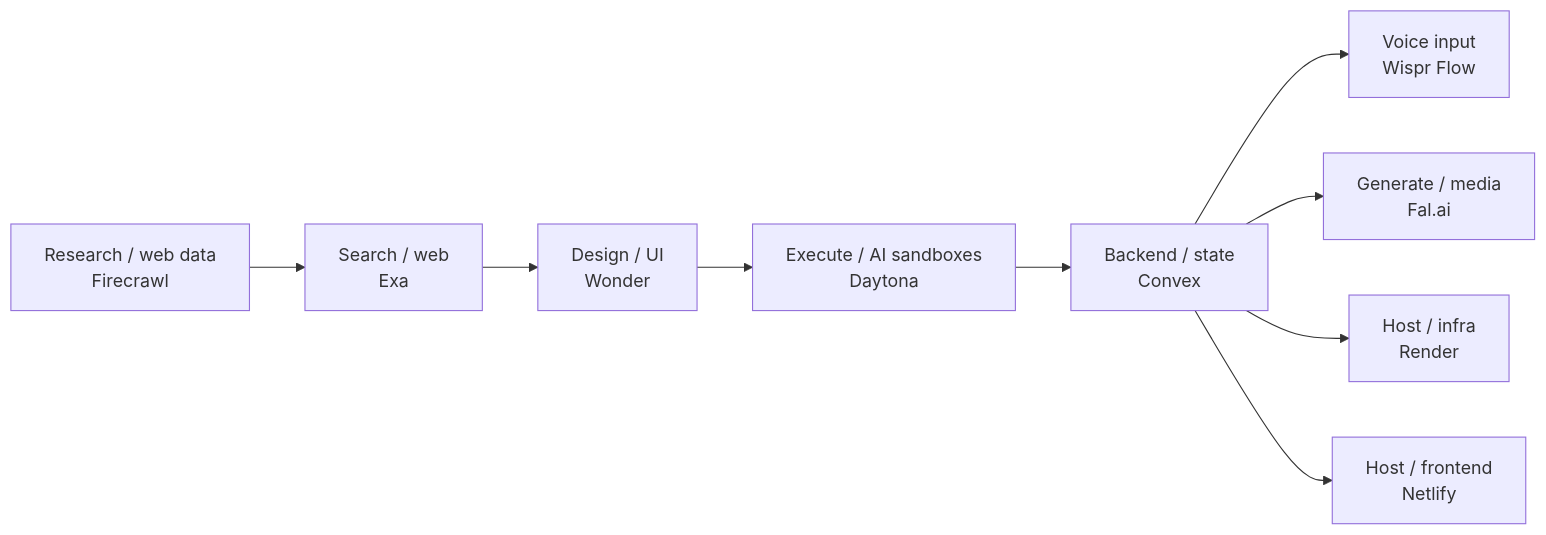
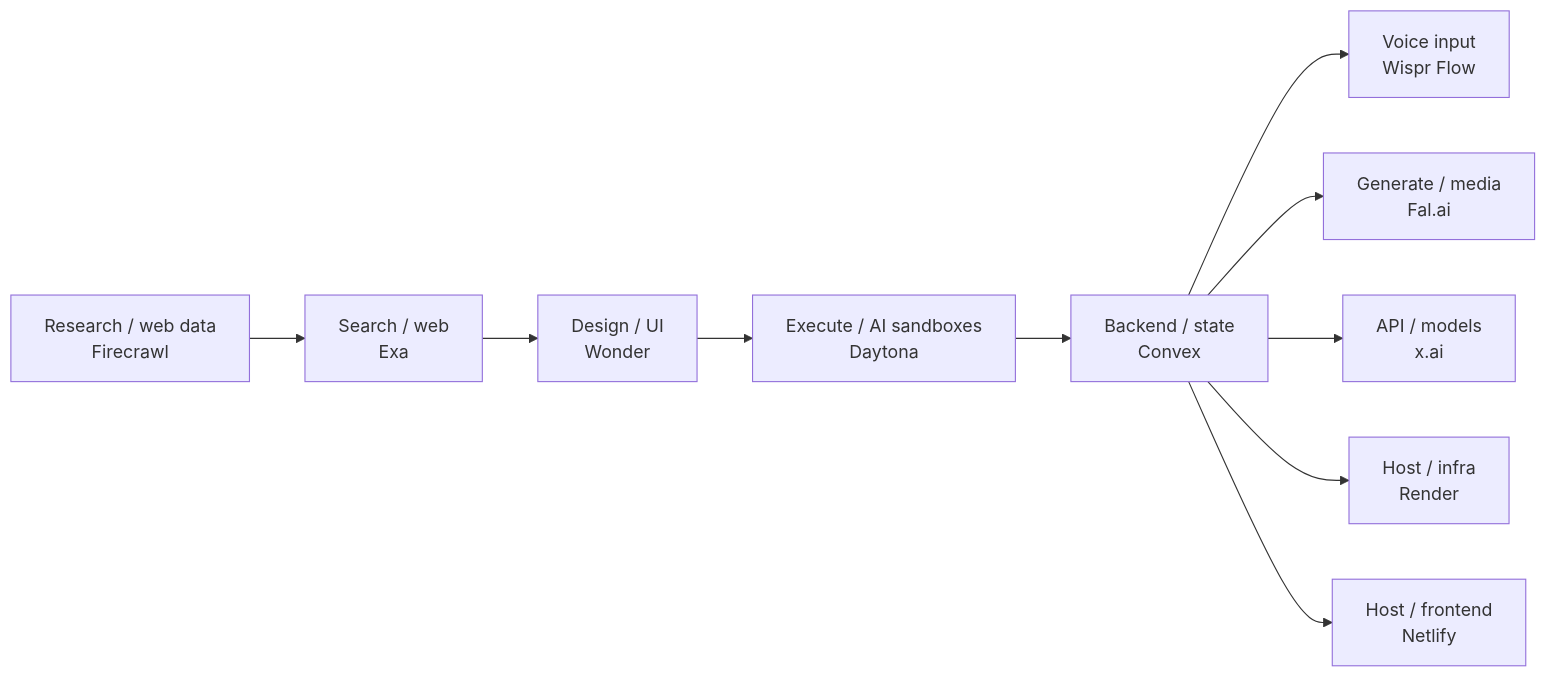
One commit to hadzija7/cursor-community-serbia changed the diagram in docs/hackathon/sponsor-cheat-sheet.md. Above: the diagram before and after it, drawn with Mermaid. The commit also changed other lines of this file and 12 other files, not shown here.

````diff
--- a/docs/hackathon/sponsor-cheat-sheet.md
+++ b/docs/hackathon/sponsor-cheat-sheet.md
@@ -17,17 +17,19 @@
 ```mermaid
 flowchart LR
   F["Research / web data<br/>Firecrawl"]
   X["Search / web<br/>Exa"]
   U["Design / UI<br/>Wonder"]
   D["Execute / AI sandboxes<br/>Daytona"]
   C["Backend / state<br/>Convex"]
   W["Voice input<br/>Wispr Flow"]
   A["Generate / media<br/>Fal.ai"]
+  M["API / models<br/>x.ai"]
   R["Host / infra<br/>Render"]
   N["Host / frontend<br/>Netlify"]
   F --> X --> U --> D --> C
   C --> W
   C --> A
+  C --> M
   C --> R
   C --> N
 ```
````
